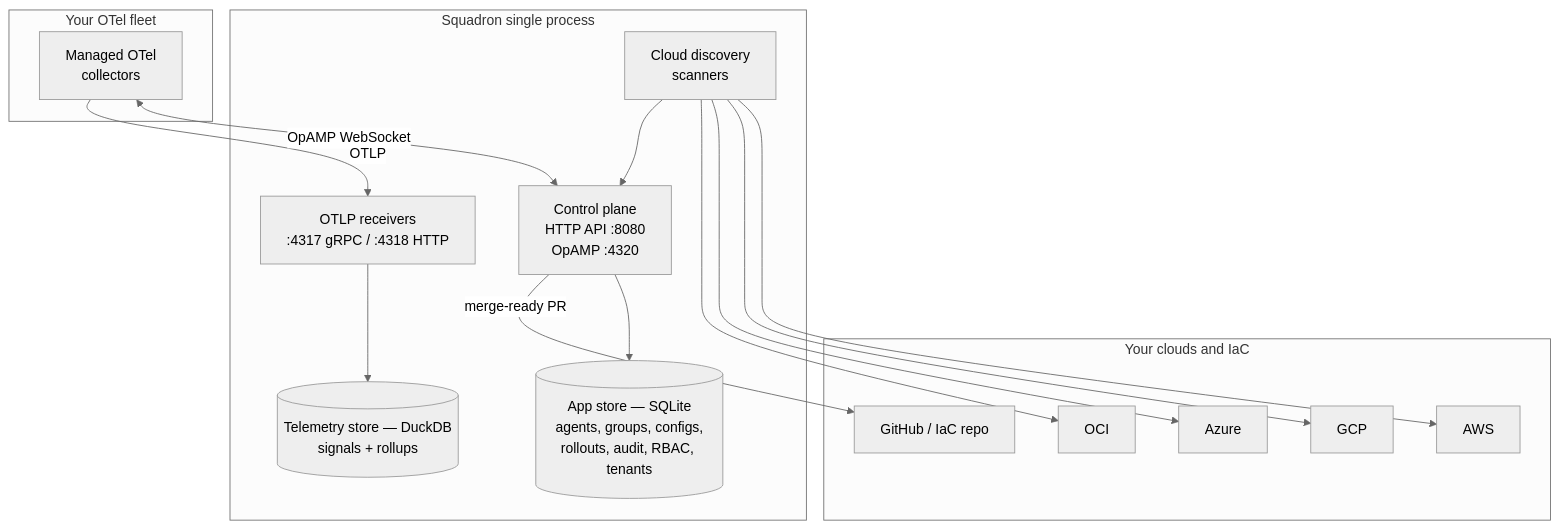
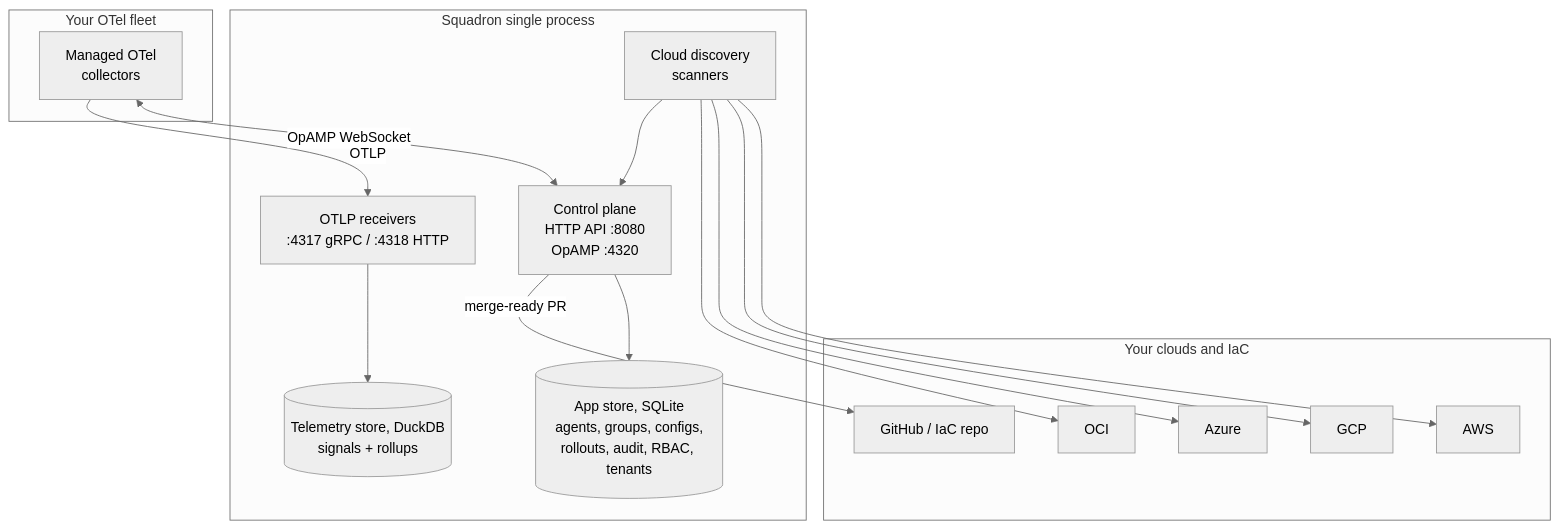
Before and after one commit to devopsmike2/squadron: the diagram in docs/concepts/architecture.md, drawn with Mermaid (neutral theme). The commit also changed other lines of this file and 173 other files, not shown here.

````diff
--- a/docs/concepts/architecture.md
+++ b/docs/concepts/architecture.md
@@ -10,33 +10,33 @@
 ```mermaid
 flowchart TB
     subgraph fleet[Your OTel fleet]
         COL[Managed OTel<br/>collectors]
     end
 
     subgraph cloud[Your clouds and IaC]
         AWS[AWS]
         GCP[GCP]
         AZ[Azure]
         OCI[OCI]
         GH[GitHub / IaC repo]
     end
 
     subgraph squadron[Squadron single process]
         API[Control plane<br/>HTTP API :8080<br/>OpAMP :4320]
         RCV[OTLP receivers<br/>:4317 gRPC / :4318 HTTP]
         SCAN[Cloud discovery<br/>scanners]
-        APPDB[(App store — SQLite<br/>agents, groups, configs,<br/>rollouts, audit, RBAC, tenants)]
-        TELDB[(Telemetry store — DuckDB<br/>signals + rollups)]
+        APPDB[(App store, SQLite<br/>agents, groups, configs,<br/>rollouts, audit, RBAC, tenants)]
+        TELDB[(Telemetry store, DuckDB<br/>signals + rollups)]
     end
 
     COL <-->|OpAMP WebSocket| API
     COL -->|OTLP| RCV
     API --> APPDB
     RCV --> TELDB
     SCAN --> AWS
     SCAN --> GCP
     SCAN --> AZ
     SCAN --> OCI
     API -->|merge-ready PR| GH
     SCAN --> API
 ```
````
